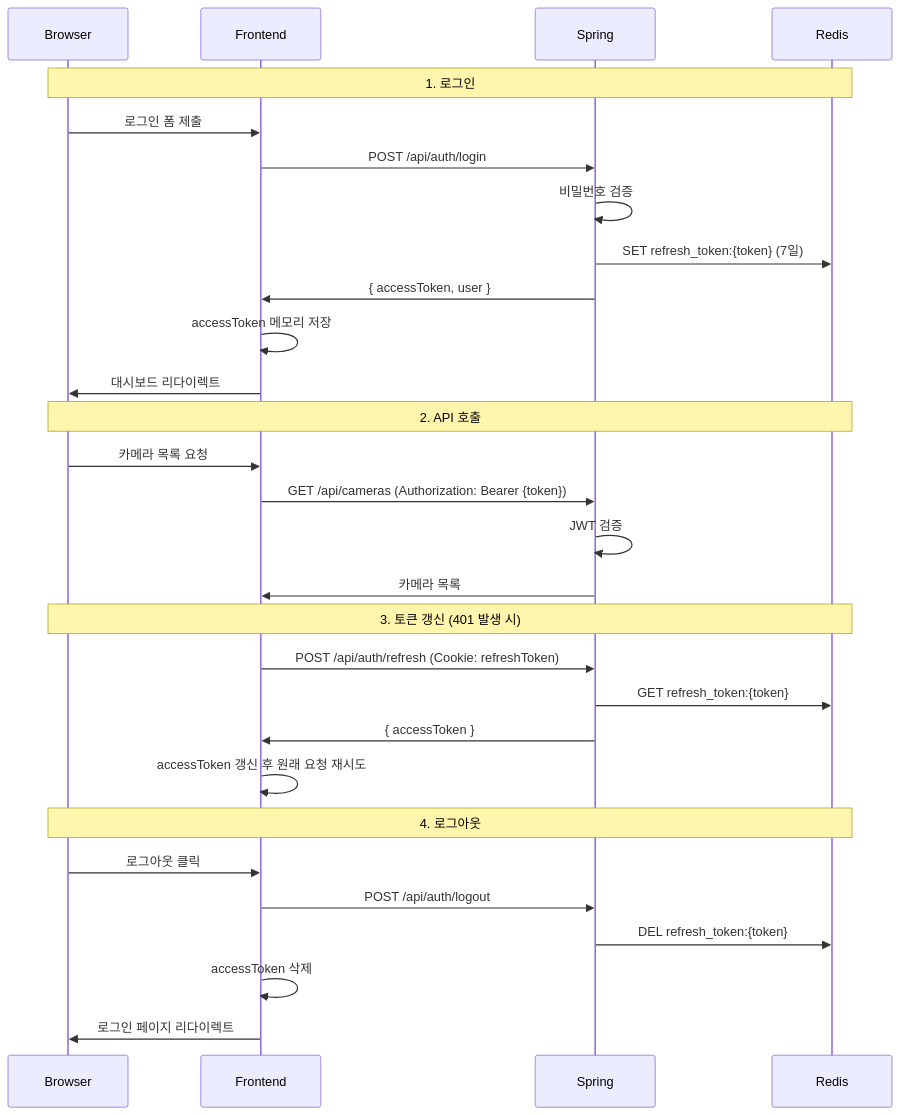
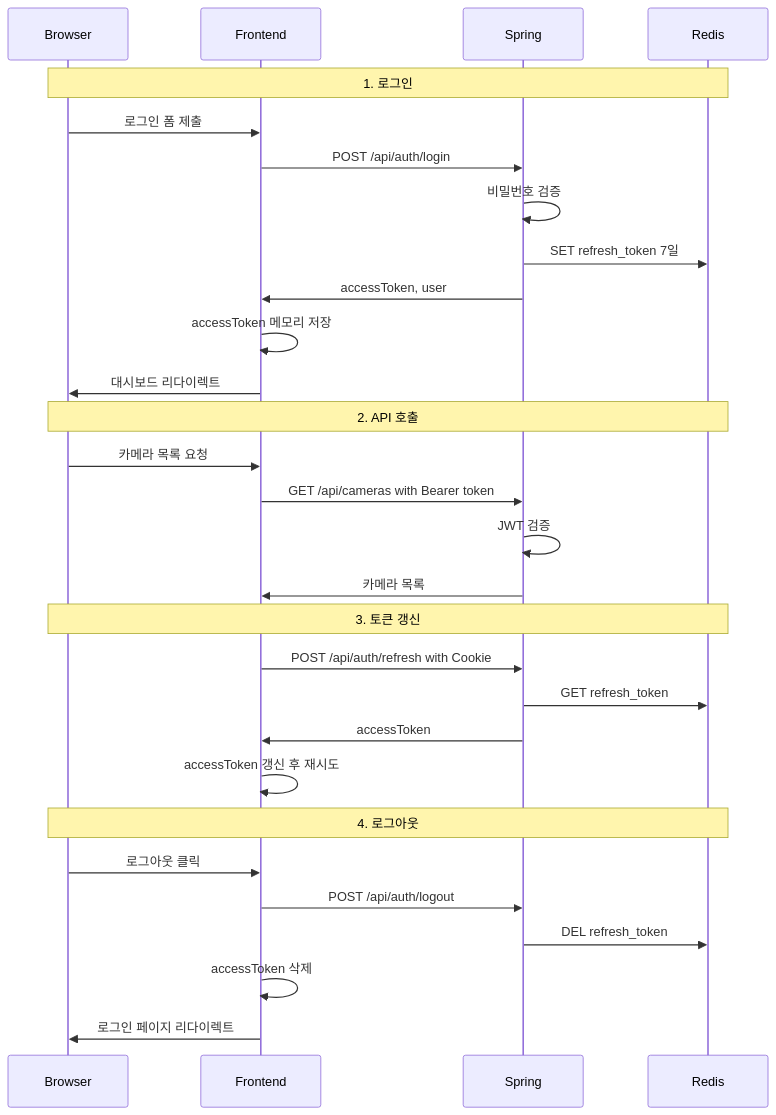
One commit to AIX-01/aegis-frontend changed the second of 6 diagrams in WORKFLOWS.md. Above: the diagram before and after it, drawn with Mermaid. The commit also changed other lines of this file, not shown here.

Commit message:
fix: WORKFLOWS.md mermaid 문법 에러 수정

````diff
--- a/WORKFLOWS.md
+++ b/WORKFLOWS.md
@@ -783,35 +783,35 @@
 ```mermaid
 sequenceDiagram
     participant B as Browser
     participant F as Frontend
     participant S as Spring
     participant R as Redis
 
     Note over B,R: 1. 로그인
     B->>F: 로그인 폼 제출
     F->>S: POST /api/auth/login
     S->>S: 비밀번호 검증
-    S->>R: SET refresh_token:{token} (7일)
-    S->>F: { accessToken, user }
+    S->>R: SET refresh_token 7일
+    S->>F: accessToken, user
     F->>F: accessToken 메모리 저장
     F->>B: 대시보드 리다이렉트
 
     Note over B,R: 2. API 호출
     B->>F: 카메라 목록 요청
-    F->>S: GET /api/cameras (Authorization: Bearer {token})
+    F->>S: GET /api/cameras with Bearer token
     S->>S: JWT 검증
     S->>F: 카메라 목록
 
-    Note over B,R: 3. 토큰 갱신 (401 발생 시)
-    F->>S: POST /api/auth/refresh (Cookie: refreshToken)
-    S->>R: GET refresh_token:{token}
-    S->>F: { accessToken }
-    F->>F: accessToken 갱신 후 원래 요청 재시도
+    Note over B,R: 3. 토큰 갱신
+    F->>S: POST /api/auth/refresh with Cookie
+    S->>R: GET refresh_token
+    S->>F: accessToken
+    F->>F: accessToken 갱신 후 재시도
 
     Note over B,R: 4. 로그아웃
     B->>F: 로그아웃 클릭
     F->>S: POST /api/auth/logout
-    S->>R: DEL refresh_token:{token}
+    S->>R: DEL refresh_token
     F->>F: accessToken 삭제
     F->>B: 로그인 페이지 리다이렉트
 ```
````
